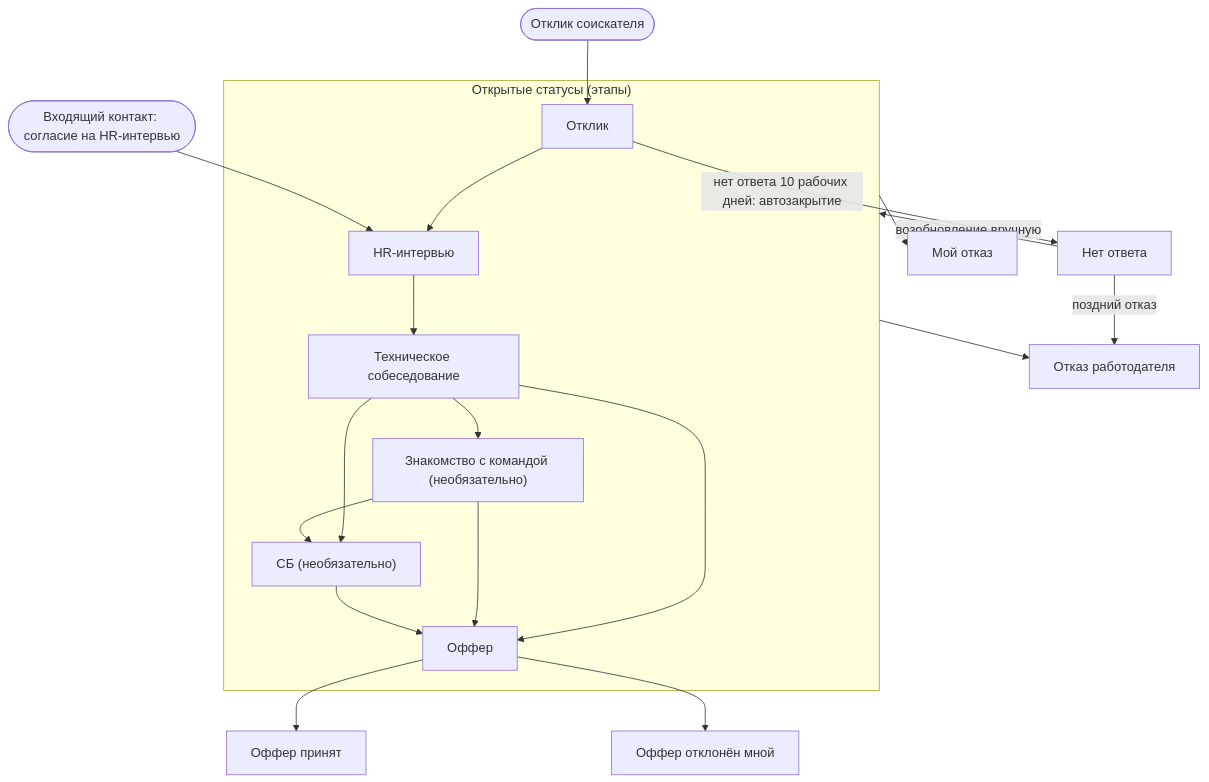
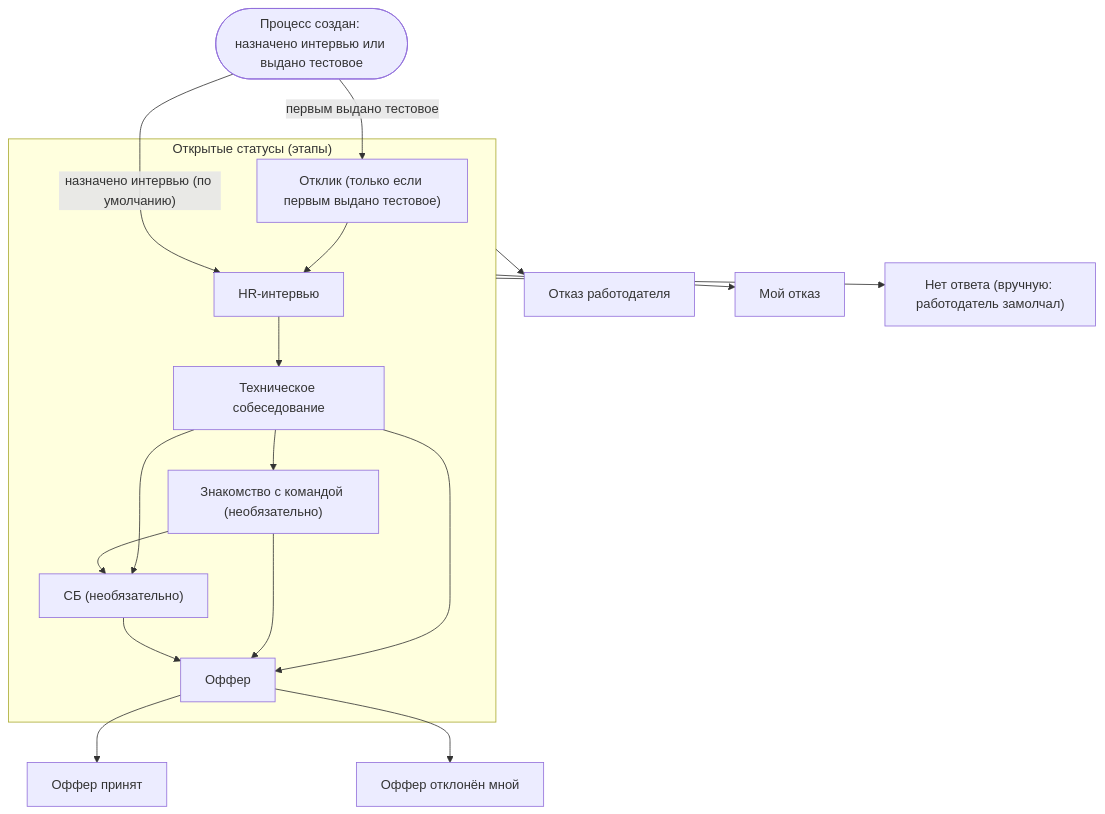
Before and after one commit to j112nsk/tw-portfolio: the diagram in projects/06-job-search-crm/docs/process/03-status-model.md, drawn with Mermaid. The commit also changed other lines of this file and 2 other files, not shown here.

````diff
--- a/projects/06-job-search-crm/docs/process/03-status-model.md
+++ b/projects/06-job-search-crm/docs/process/03-status-model.md
@@ -42,22 +42,21 @@
 ```mermaid
 flowchart TD
+    START(["Процесс создан: назначено интервью или выдано тестовое"])
     subgraph OPEN["Открытые статусы (этапы)"]
-        APPLIED["Отклик"] --> HR["HR-интервью"]
+        APPLIED["Отклик (только если первым выдано тестовое)"] --> HR["HR-интервью"]
         HR --> TECH["Техническое собеседование"]
         TECH --> TEAM["Знакомство с командой (необязательно)"]
         TECH --> SEC["СБ (необязательно)"]
         TECH --> OFFER["Оффер"]
         TEAM --> SEC
         TEAM --> OFFER
         SEC --> OFFER
     end
-    START(["Отклик соискателя"]) --> APPLIED
-    INCOMING(["Входящий контакт: согласие на HR-интервью"]) --> HR
+    START -->|"первым выдано тестовое"| APPLIED
+    START -->|"назначено интервью (по умолчанию)"| HR
     OFFER --> ACCEPTED["Оффер принят"]
     OFFER --> DECLINED["Оффер отклонён мной"]
     OPEN --> REJECTED["Отказ работодателя"]
     OPEN --> WITHDRAWN["Мой отказ"]
-    APPLIED -->|"нет ответа 10 рабочих дней: автозакрытие"| NORESP["Нет ответа"]
-    NORESP -->|"возобновление вручную"| OPEN
-    NORESP -->|"поздний отказ"| REJECTED
+    OPEN --> NORESP["Нет ответа (вручную: работодатель замолчал)"]
 ```
````
